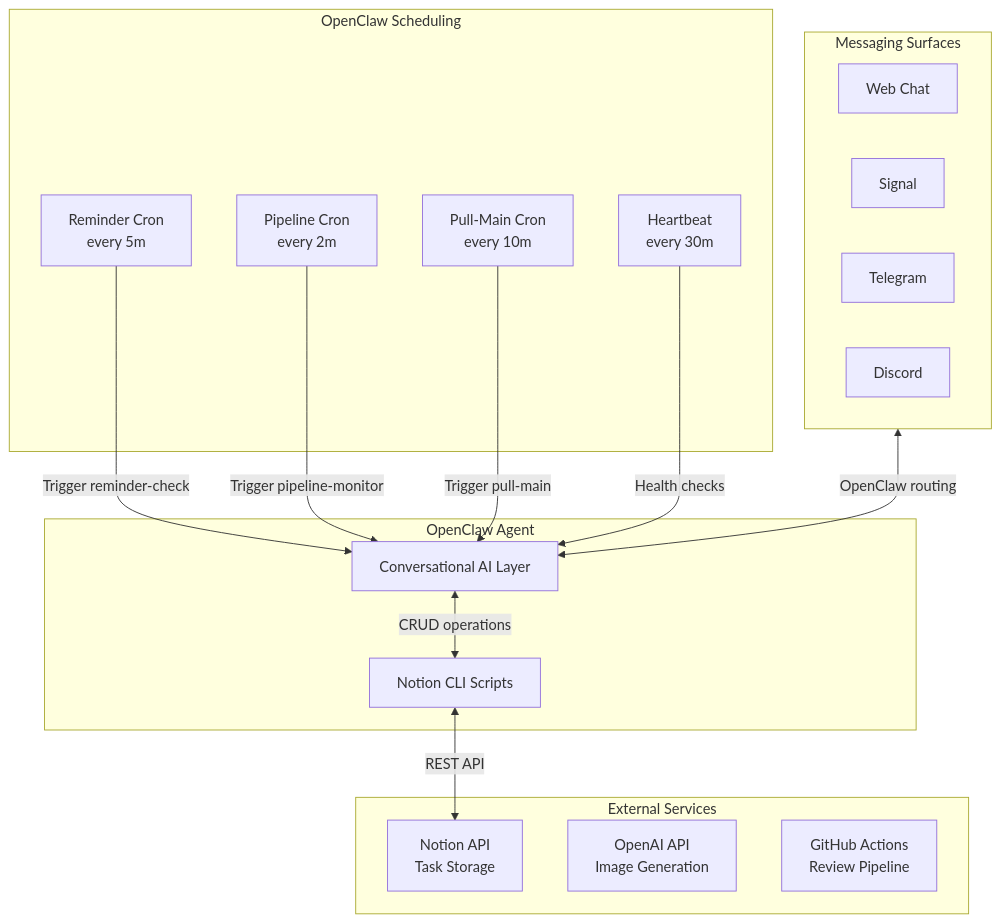
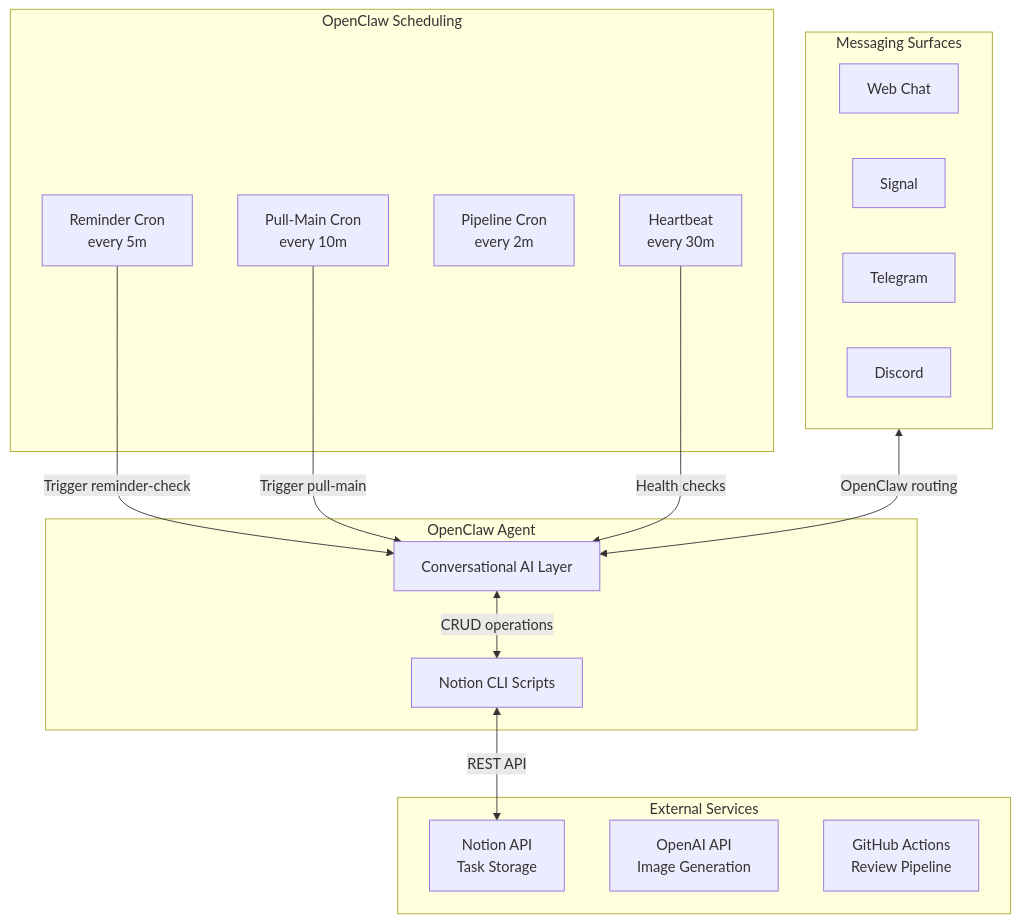
The first of 6 diagrams in docs/architecture.md (NickBorgersProbably/hide-my-list), drawn with Mermaid before and after one commit. The commit also changed other lines of this file and 7 other files, not shown here.

First line of the commit message:
Remove pipeline-monitor entirely — agent doesn't need GitHub polling

````diff
--- a/docs/architecture.md
+++ b/docs/architecture.md
@@ -14,35 +14,34 @@
 ```mermaid
 flowchart TB
     subgraph Agent["OpenClaw Agent"]
         AI[Conversational AI Layer]
         Scripts[Notion CLI Scripts]
     end
 
     subgraph Scheduling["OpenClaw Scheduling"]
         Heartbeat[Heartbeat<br/>every 30m]
         ReminderCron[Reminder Cron<br/>every 5m]
         PipelineCron[Pipeline Cron<br/>every 2m]
         PullMainCron[Pull-Main Cron<br/>every 10m]
     end
 
     subgraph Messaging["Messaging Surfaces"]
         Web[Web Chat]
         Signal[Signal]
         Telegram[Telegram]
         Discord[Discord]
     end
 
     subgraph External["External Services"]
         Notion[Notion API<br/>Task Storage]
         OpenAI[OpenAI API<br/>Image Generation]
         GitHub[GitHub Actions<br/>Review Pipeline]
     end
 
     Messaging <-->|OpenClaw routing| AI
     AI <-->|CRUD operations| Scripts
     Scripts <-->|REST API| Notion
     ReminderCron -->|Trigger reminder-check| AI
-    PipelineCron -->|Trigger pipeline-monitor| AI
     PullMainCron -->|Trigger pull-main| AI
     Heartbeat -->|Health checks| AI
 ```
````
